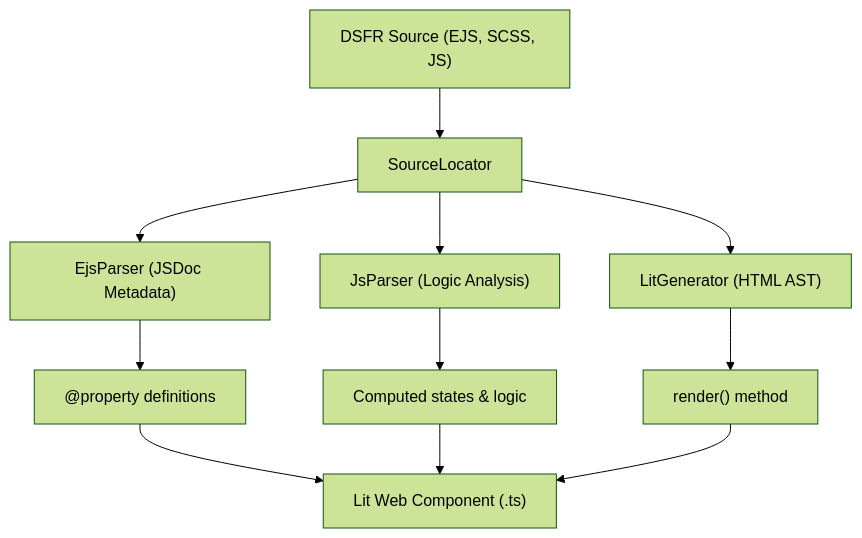
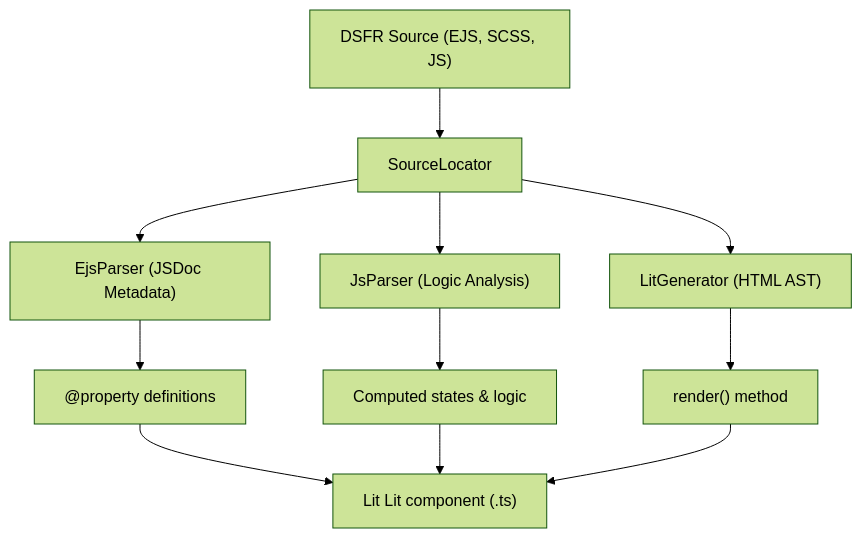
The diagram in docs/cli-generator.md (betagouv/dsfr-kit), drawn with Mermaid (forest theme) before and after one commit. The commit also changed other lines of this file and 13 other files, not shown here.

Commit message:
refactor: final replacement of Web Component terminology with Lit

````diff
--- a/docs/cli-generator.md
+++ b/docs/cli-generator.md
@@ -9,13 +9,13 @@
 ```mermaid
 graph TD
     DSFR["DSFR Source (EJS, SCSS, JS)"] --> SL["SourceLocator"]
     SL --> EP["EjsParser (JSDoc Metadata)"]
     SL --> JP["JsParser (Logic Analysis)"]
     SL --> LG["LitGenerator (HTML AST)"]
 
     EP --> Props["@property definitions"]
     JP --> Logic["Computed states & logic"]
     LG --> Template["render() method"]
 
-    Props & Logic & Template --> Output["Lit Web Component (.ts)"]
+    Props & Logic & Template --> Output["Lit Lit component (.ts)"]
 ```
````
